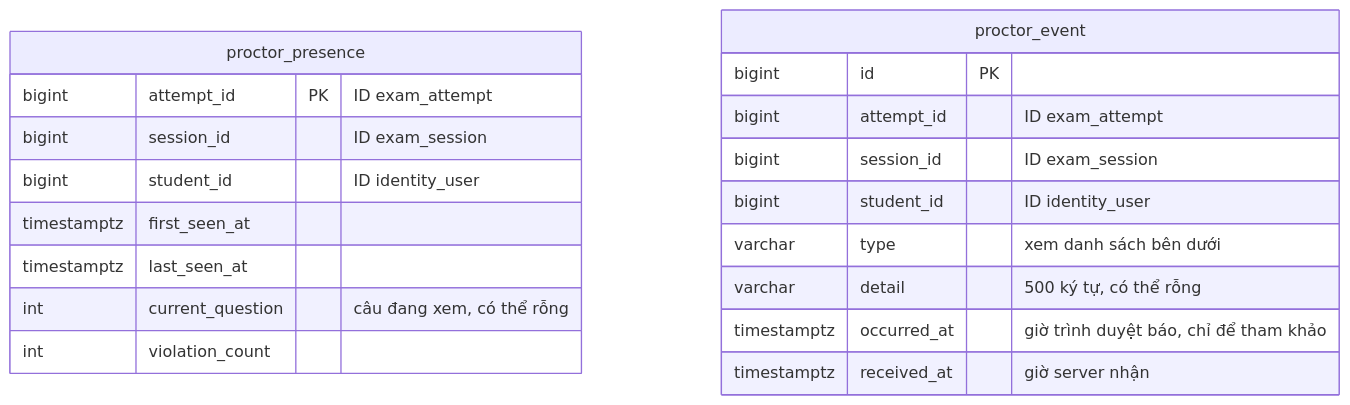
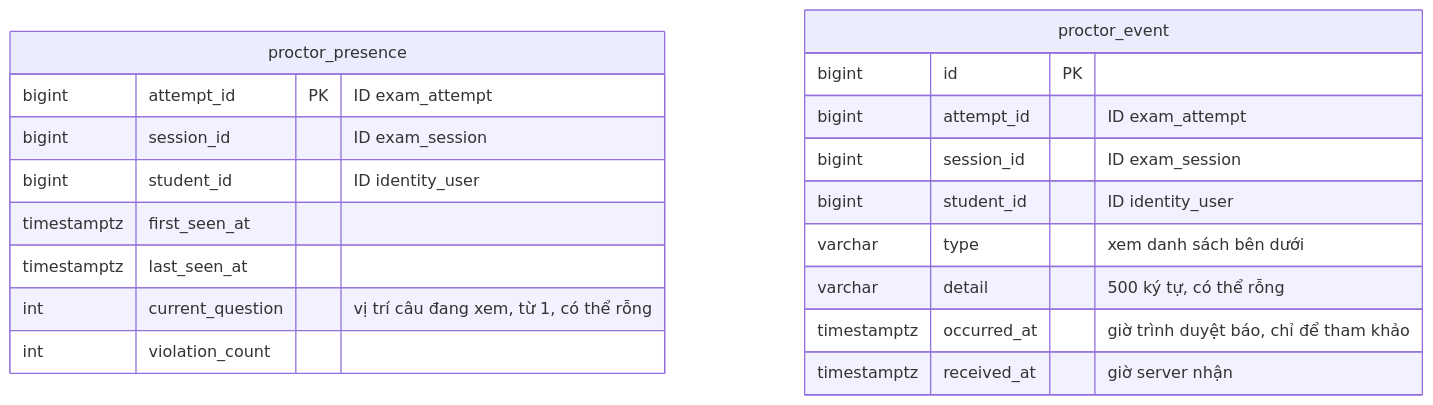
One commit to zindo511/Exam-Practice changed the fourth of 4 diagrams in docs/database.md. Above: the diagram before and after it, drawn with Mermaid. The commit also changed other lines of this file and 10 other files, not shown here.

````diff
--- a/docs/database.md
+++ b/docs/database.md
@@ -164,22 +164,22 @@
 ```mermaid
 erDiagram
     proctor_presence {
         bigint attempt_id PK "ID exam_attempt"
         bigint session_id "ID exam_session"
         bigint student_id "ID identity_user"
         timestamptz first_seen_at
         timestamptz last_seen_at
-        int current_question "câu đang xem, có thể rỗng"
+        int current_question "vị trí câu đang xem, từ 1, có thể rỗng"
         int violation_count
     }
     proctor_event {
         bigint id PK
         bigint attempt_id "ID exam_attempt"
         bigint session_id "ID exam_session"
         bigint student_id "ID identity_user"
         varchar type "xem danh sách bên dưới"
         varchar detail "500 ký tự, có thể rỗng"
         timestamptz occurred_at "giờ trình duyệt báo, chỉ để tham khảo"
         timestamptz received_at "giờ server nhận"
     }
 ```
````
